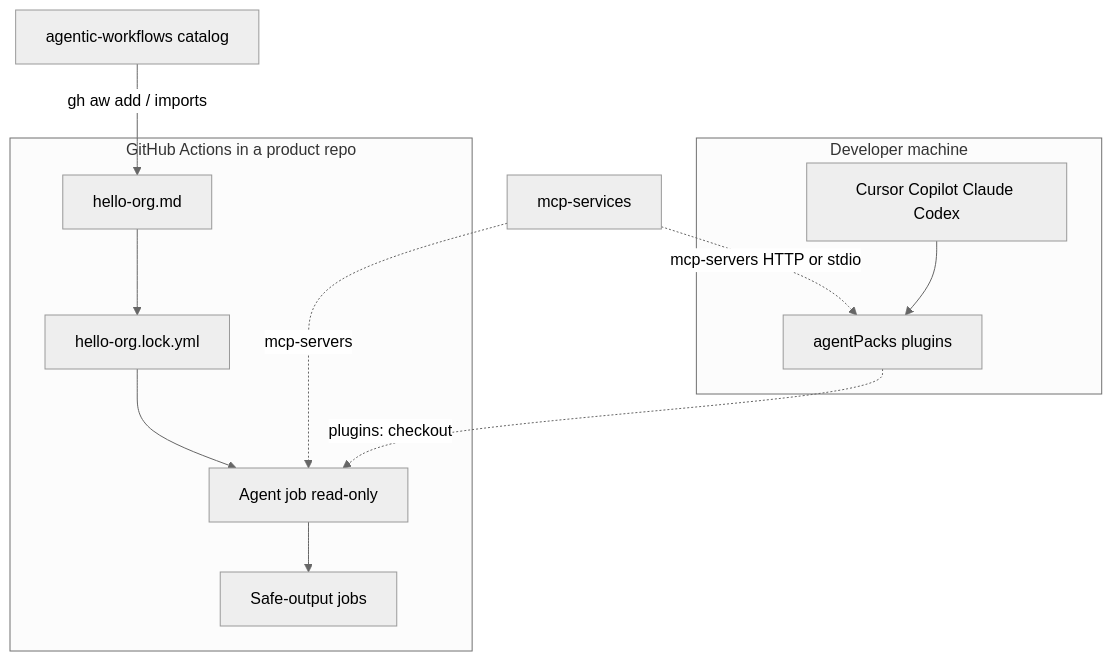
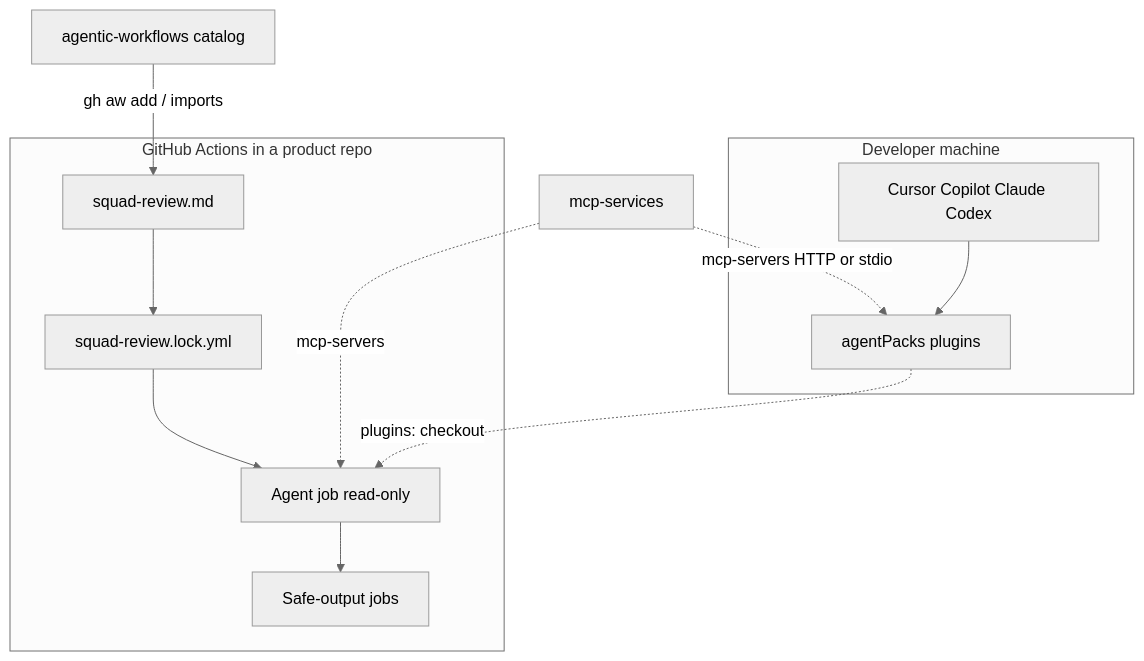
The diagram in docs/HOW-IT-WORKS.md (svennijhuis/agentic-workflows), drawn with Mermaid (neutral theme) before and after one commit. The commit also changed other lines of this file and 9 other files, not shown here.

First line of the commit message:
Remove hello-org and with-agentpacks example workflows

````diff
--- a/docs/HOW-IT-WORKS.md
+++ b/docs/HOW-IT-WORKS.md
@@ -18,21 +18,21 @@
 ```mermaid
 flowchart TB
   subgraph ide [Developer machine]
     cursor[Cursor Copilot Claude Codex]
     packs[agentPacks plugins]
     cursor --> packs
   end
   subgraph gha [GitHub Actions in a product repo]
-    md[hello-org.md]
-    lock[hello-org.lock.yml]
+    md[squad-review.md]
+    lock[squad-review.lock.yml]
     agent[Agent job read-only]
     safe[Safe-output jobs]
     md --> lock --> agent --> safe
   end
   catalog[agentic-workflows catalog]
   mcp[mcp-services]
   catalog -->|"gh aw add / imports"| md
   packs -.->|"plugins: checkout"| agent
   mcp -.->|"mcp-servers HTTP or stdio"| packs
   mcp -.->|"mcp-servers"| agent
 ```
````
